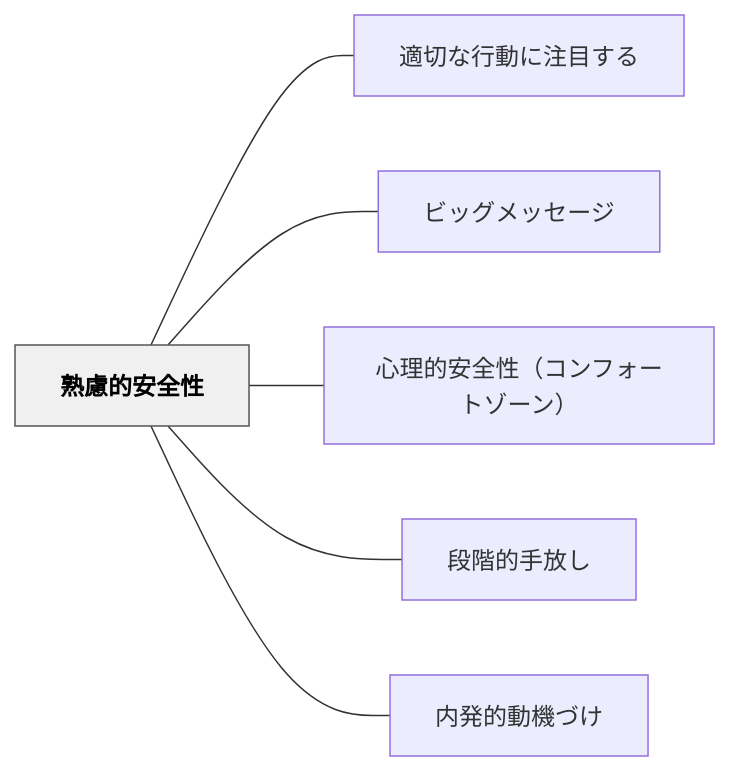
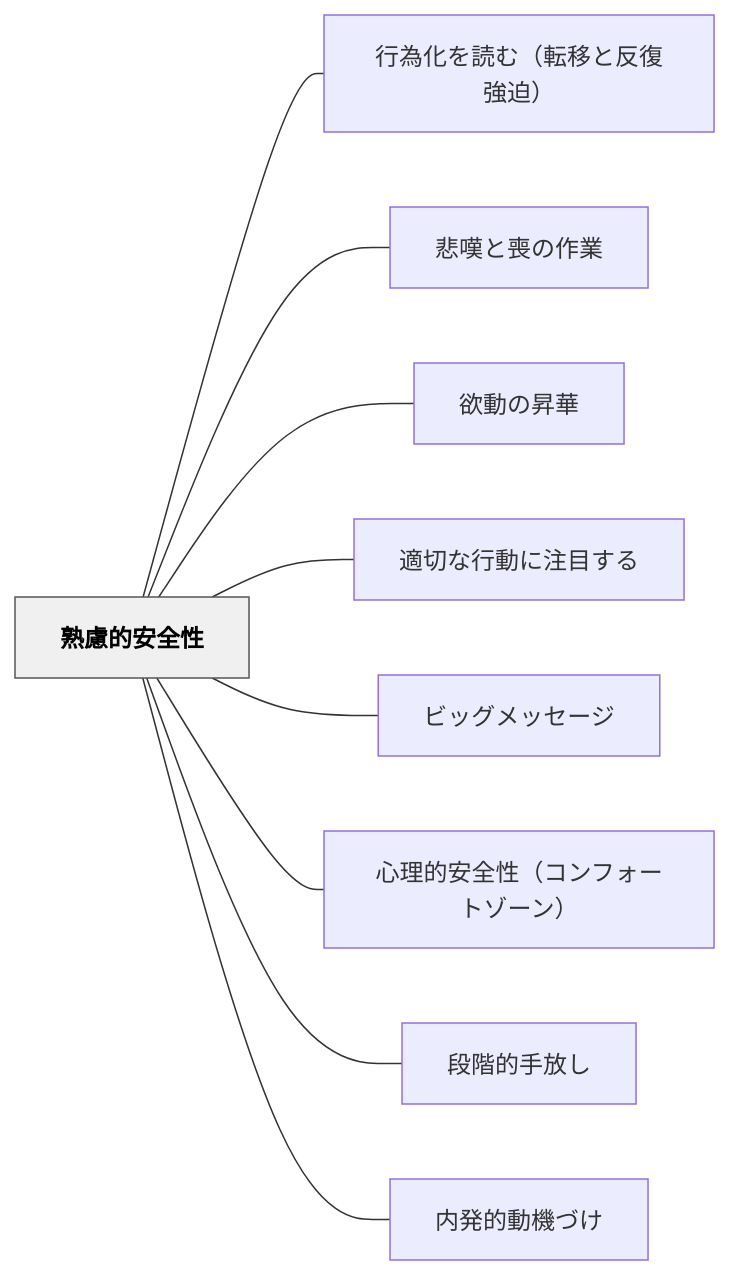
The diagram in content/パタン/熟慮的安全性.md (unknownthings-ed-patterns/unknownthings-ed-patterns), drawn with Mermaid before and after one commit. The commit also changed other lines of this file and 185 other files, not shown here.

````diff
--- a/content/パタン/熟慮的安全性.md
+++ b/content/パタン/熟慮的安全性.md
@@ -78,18 +81,24 @@
 ```mermaid
 flowchart LR
     ne7869fe685aee79a84e5ae89e585a8e680a7["熟慮的安全性"]
+    ne8a18ce782bae58c96e38292e8aaade38280efbc88e8bba2e7a7bbe381a8e58f8de5bea9e5bcb7e8bfabefbc89["行為化を読む（転移と反復強迫）"]
+    ne682b2e59886e381a8e596aae381aee4bd9ce6a5ad["悲嘆と喪の作業"]
+    ne6acb2e58b95e381aee69887e88faf["欲動の昇華"]
     ne981a9e58887e381aae8a18ce58b95e381abe6b3a8e79baee38199e3828b["適切な行動に注目する"]
     ne38393e38383e382b0e383a1e38383e382bbe383bce382b8["ビッグメッセージ"]
     ne5bf83e79086e79a84e5ae89e585a8e680a7efbc88e382b3e383b3e38395e382a9e383bce38388e382bee383bce383b3efbc89["心理的安全性（コンフォートゾーン）"]
     ne6aeb5e99a8ee79a84e6898be694bee38197["段階的手放し"]
     ne58685e799bae79a84e58b95e6a99fe381a5e38191["内発的動機づけ"]
 
+    ne7869fe685aee79a84e5ae89e585a8e680a7 --- ne8a18ce782bae58c96e38292e8aaade38280efbc88e8bba2e7a7bbe381a8e58f8de5bea9e5bcb7e8bfabefbc89
+    ne7869fe685aee79a84e5ae89e585a8e680a7 --- ne682b2e59886e381a8e596aae381aee4bd9ce6a5ad
+    ne7869fe685aee79a84e5ae89e585a8e680a7 --- ne6acb2e58b95e381aee69887e88faf
     ne7869fe685aee79a84e5ae89e585a8e680a7 --- ne981a9e58887e381aae8a18ce58b95e381abe6b3a8e79baee38199e3828b
     ne7869fe685aee79a84e5ae89e585a8e680a7 --- ne38393e38383e382b0e383a1e38383e382bbe383bce382b8
     ne7869fe685aee79a84e5ae89e585a8e680a7 --- ne5bf83e79086e79a84e5ae89e585a8e680a7efbc88e382b3e383b3e38395e382a9e383bce38388e382bee383bce383b3efbc89
     ne7869fe685aee79a84e5ae89e585a8e680a7 --- ne6aeb5e99a8ee79a84e6898be694bee38197
     ne7869fe685aee79a84e5ae89e585a8e680a7 --- ne58685e799bae79a84e58b95e6a99fe381a5e38191
 
     classDef hub fill:#f0f0f0,stroke:#555,color:#000,font-weight:bold
     class ne7869fe685aee79a84e5ae89e585a8e680a7 hub
 ```
````
